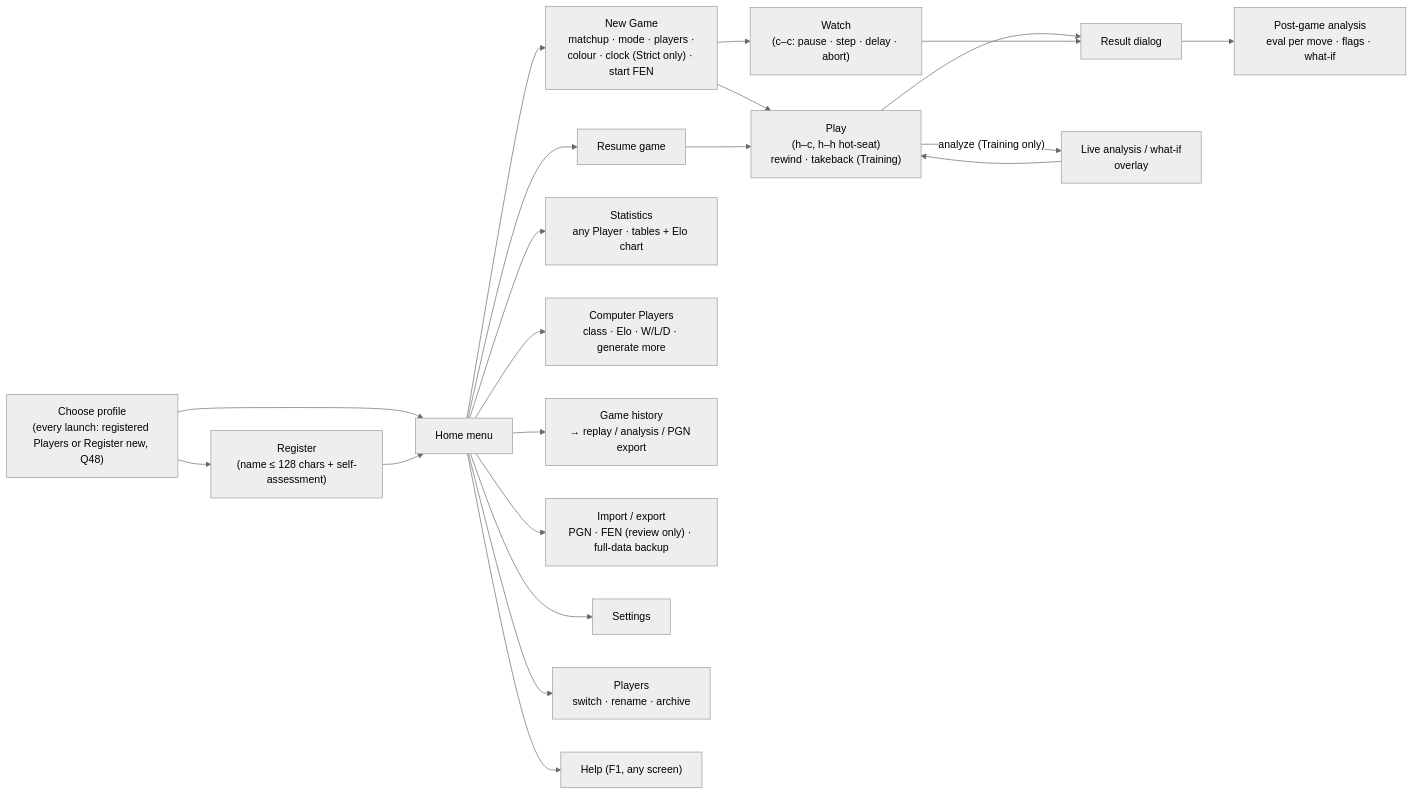
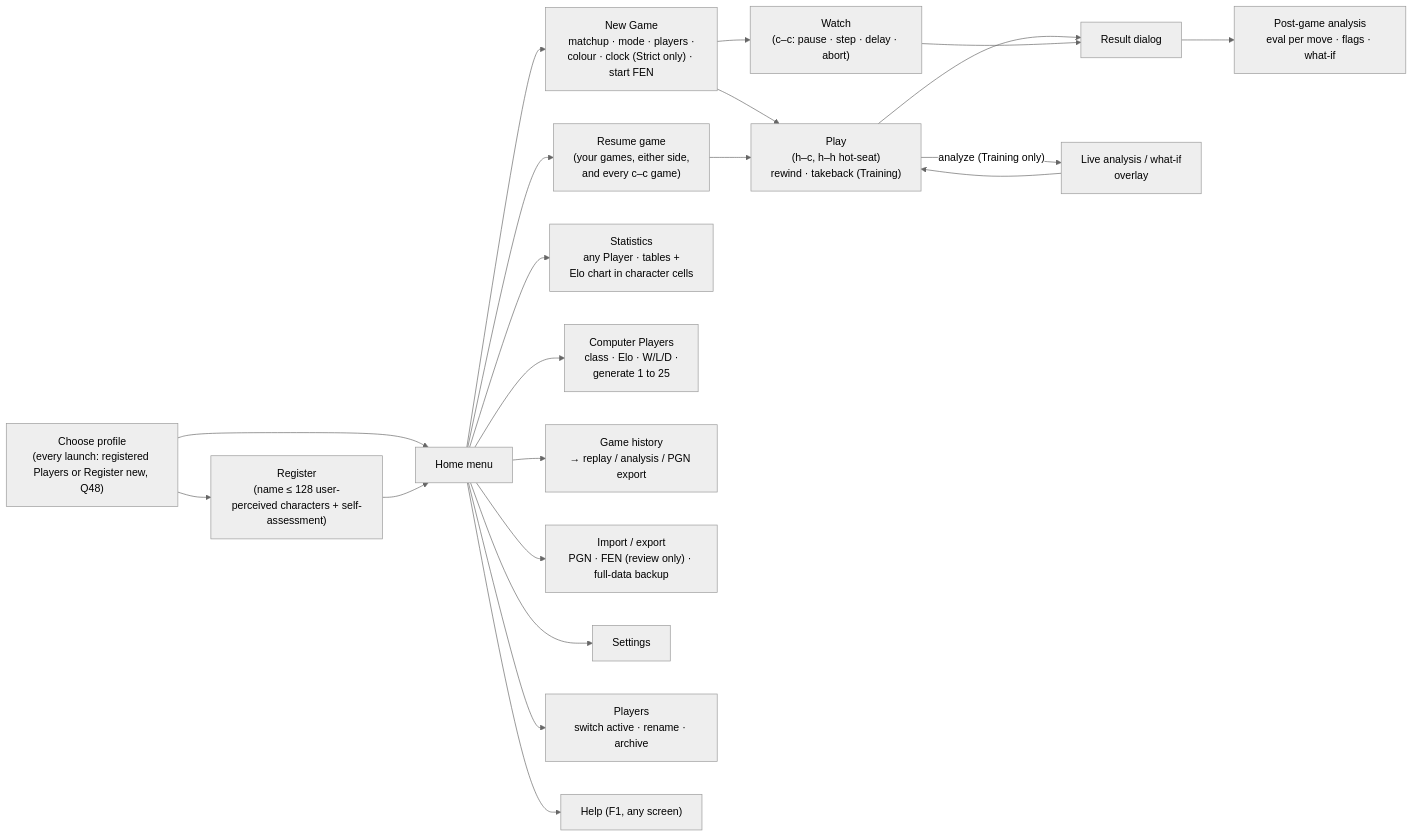
One commit to bprascher/chess changed the eighth of 14 diagrams in docs/architecture.md. Above: the diagram before and after it, drawn with Mermaid (neutral theme). The commit also changed other lines of this file and 3 other files, not shown here.

First line of the commit message:
Amend requirements and architecture (Amendments 2 and 3)

````diff
--- a/docs/architecture.md
+++ b/docs/architecture.md
@@ -733,21 +874,21 @@
 ```mermaid
 flowchart LR
     pick["Choose profile<br/>(every launch: registered Players or Register new, Q48)"] --> home["Home menu"]
-    pick --> reg["Register<br/>(name ≤ 128 chars + self-assessment)"] --> home
+    pick --> reg["Register<br/>(name ≤ 128 user-perceived characters + self-assessment)"] --> home
     home --> setup["New Game<br/>matchup · mode · players ·<br/>colour · clock (Strict only) · start FEN"]
     setup --> play["Play<br/>(h–c, h–h hot-seat)<br/>rewind · takeback (Training)"]
     setup --> watch["Watch<br/>(c–c: pause · step · delay · abort)"]
-    home --> resume["Resume game"] --> play
+    home --> resume["Resume game<br/>(your games, either side,<br/>and every c–c game)"] --> play
     play --> result["Result dialog"]
     watch --> result
     result --> post["Post-game analysis<br/>eval per move · flags · what-if"]
     play -- "analyze (Training only)" --> live["Live analysis / what-if<br/>overlay"]
     live --> play
-    home --> stats["Statistics<br/>any Player · tables + Elo chart"]
-    home --> roster["Computer Players<br/>class · Elo · W/L/D · generate more"]
+    home --> stats["Statistics<br/>any Player · tables +<br/>Elo chart in character cells"]
+    home --> roster["Computer Players<br/>class · Elo · W/L/D ·<br/>generate 1 to 25"]
     home --> games["Game history<br/>→ replay / analysis / PGN export"]
     home --> data["Import / export<br/>PGN · FEN (review only) · full-data backup"]
     home --> settings["Settings"]
-    home --> players["Players<br/>switch · rename · archive"]
+    home --> players["Players<br/>switch active · rename · archive"]
     home --> help["Help (F1, any screen)"]
 ```
````
